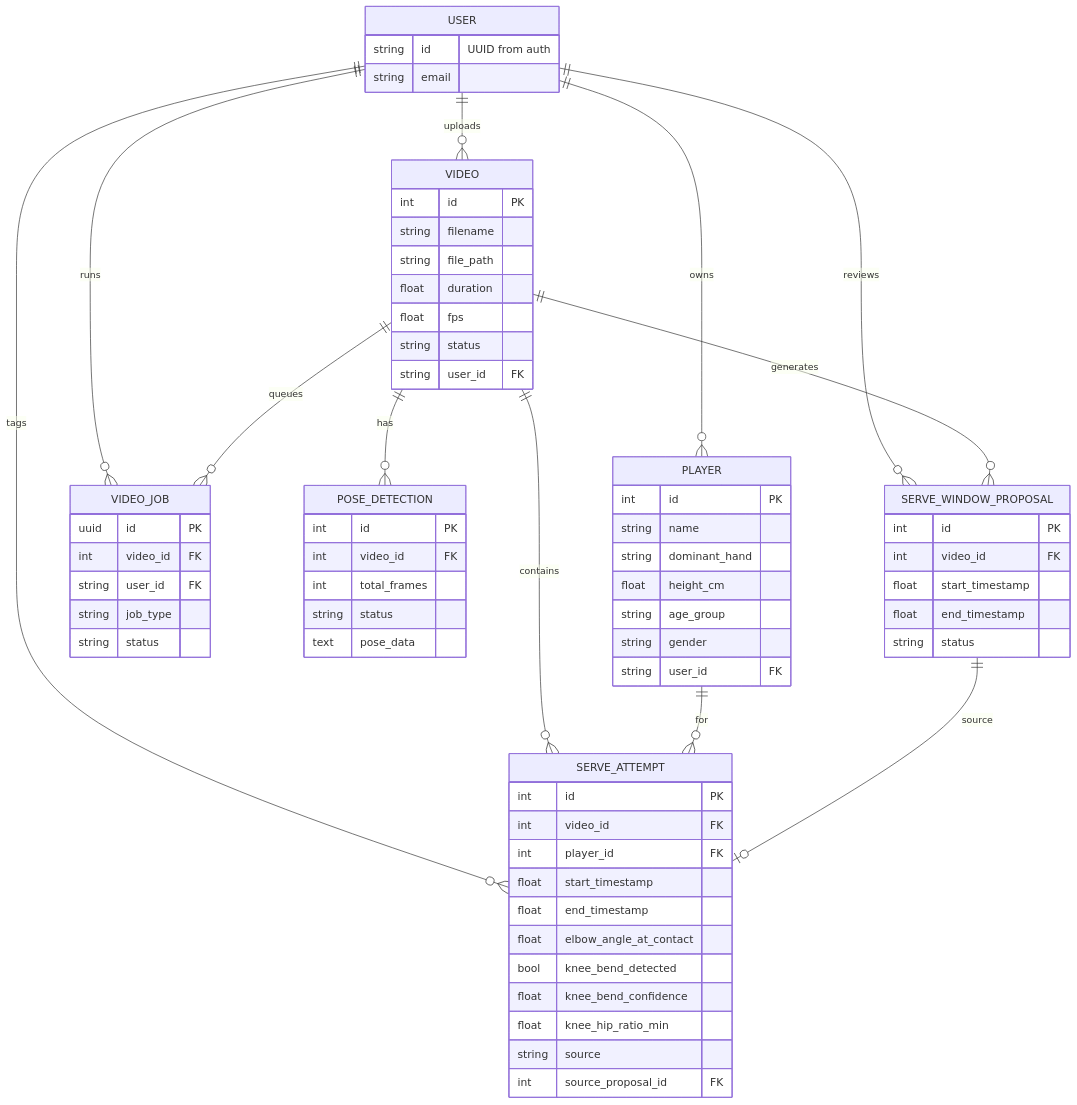
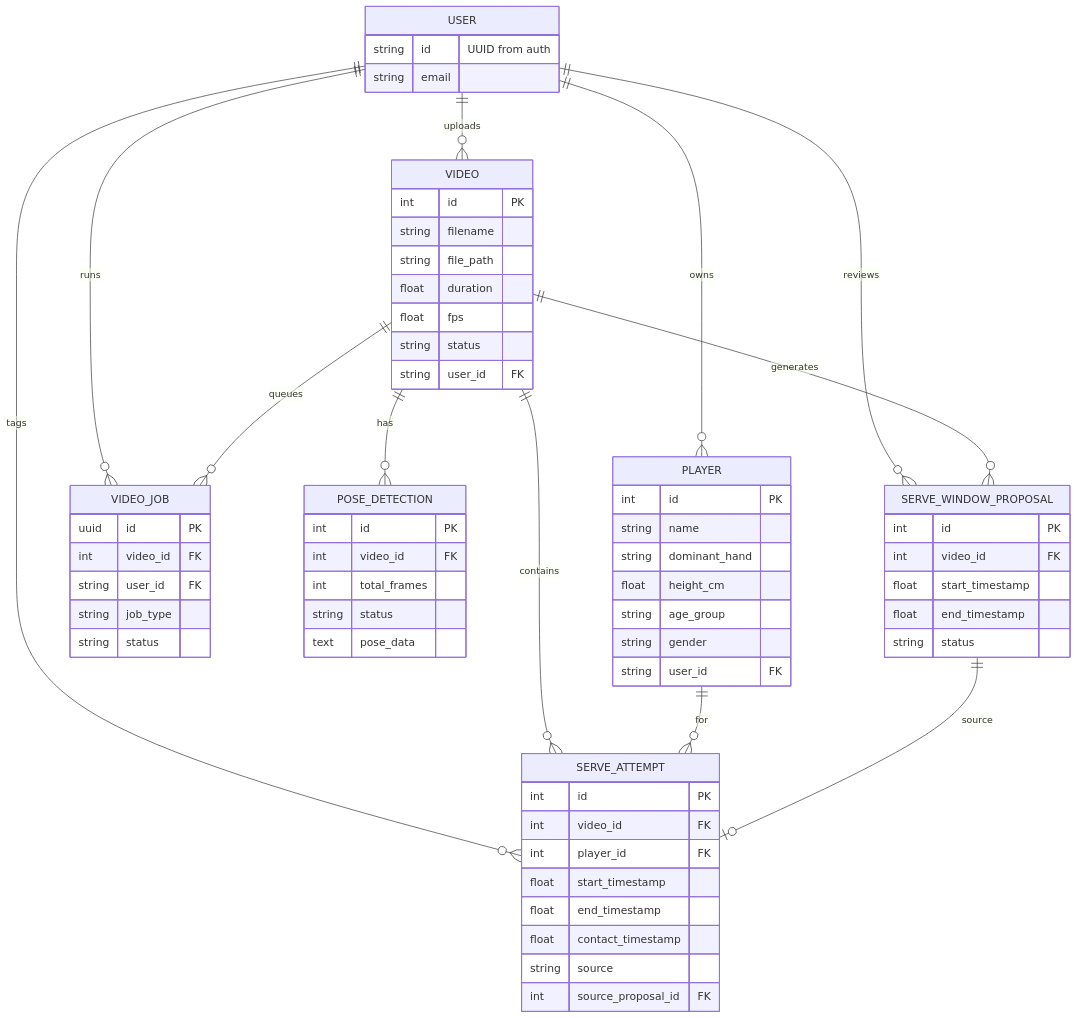
The second of 2 diagrams in project_docs/diagrams/db-relationships.md (aseda-sam/tennis_coach_app), drawn with Mermaid before and after one commit. The commit also changed 29 other files, not shown here.

````diff
--- a/project_docs/diagrams/db-relationships.md
+++ b/project_docs/diagrams/db-relationships.md
@@ -28,79 +28,76 @@
 ```mermaid
 erDiagram
   USER {
     string id "UUID from auth"
     string email
   }
 
   PLAYER {
     int id PK
     string name
     string dominant_hand
     float height_cm
     string age_group
     string gender
     string user_id FK
   }
 
   VIDEO {
     int id PK
     string filename
     string file_path
     float duration
     float fps
     string status
     string user_id FK
   }
 
   VIDEO_JOB {
     uuid id PK
     int video_id FK
     string user_id FK
     string job_type
     string status
   }
 
   POSE_DETECTION {
     int id PK
     int video_id FK
     int total_frames
     string status
     text pose_data
   }
 
   SERVE_WINDOW_PROPOSAL {
     int id PK
     int video_id FK
     float start_timestamp
     float end_timestamp
     string status
   }
 
   SERVE_ATTEMPT {
     int id PK
     int video_id FK
     int player_id FK
     float start_timestamp
     float end_timestamp
-    float elbow_angle_at_contact
-    bool knee_bend_detected
-    float knee_bend_confidence
-    float knee_hip_ratio_min
+    float contact_timestamp
     string source
     int source_proposal_id FK
   }
 
   USER ||--o{ PLAYER : owns
   USER ||--o{ VIDEO : uploads
   USER ||--o{ VIDEO_JOB : runs
   USER ||--o{ SERVE_ATTEMPT : tags
   USER ||--o{ SERVE_WINDOW_PROPOSAL : reviews
 
   VIDEO ||--o{ POSE_DETECTION : has
   VIDEO ||--o{ SERVE_ATTEMPT : contains
   VIDEO ||--o{ SERVE_WINDOW_PROPOSAL : generates
   VIDEO ||--o{ VIDEO_JOB : queues
 
   PLAYER ||--o{ SERVE_ATTEMPT : for
   SERVE_WINDOW_PROPOSAL ||--o| SERVE_ATTEMPT : source
 ```
````
